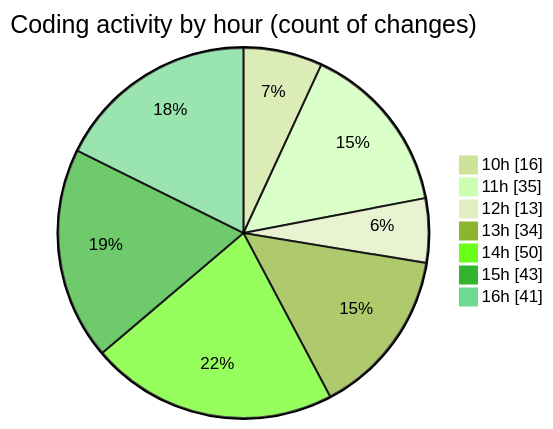
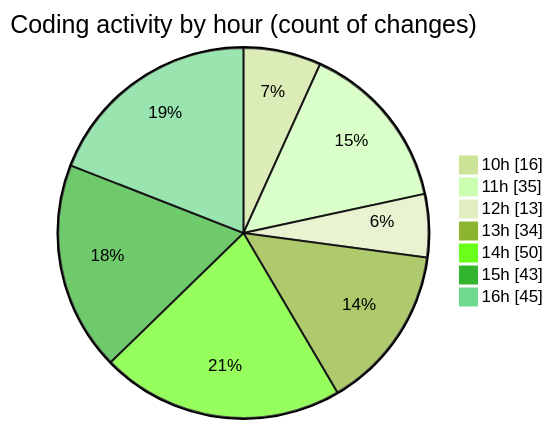
The second of 2 diagrams in 2025-02-20/micros/README.md (charlie-sans/code-tracking), drawn with Mermaid (forest theme) before and after one commit. The commit also changed other lines of this file and 1 other file, not shown here.

````diff
--- a/2025-02-20/micros/README.md
+++ b/2025-02-20/micros/README.md
@@ -67,11 +67,11 @@
 ```mermaid
 pie showData
 title Coding activity by hour (count of changes)
 "10h" : 16
 "11h" : 35
 "12h" : 13
 "13h" : 34
 "14h" : 50
 "15h" : 43
-"16h" : 41
+"16h" : 45
 ```
````
